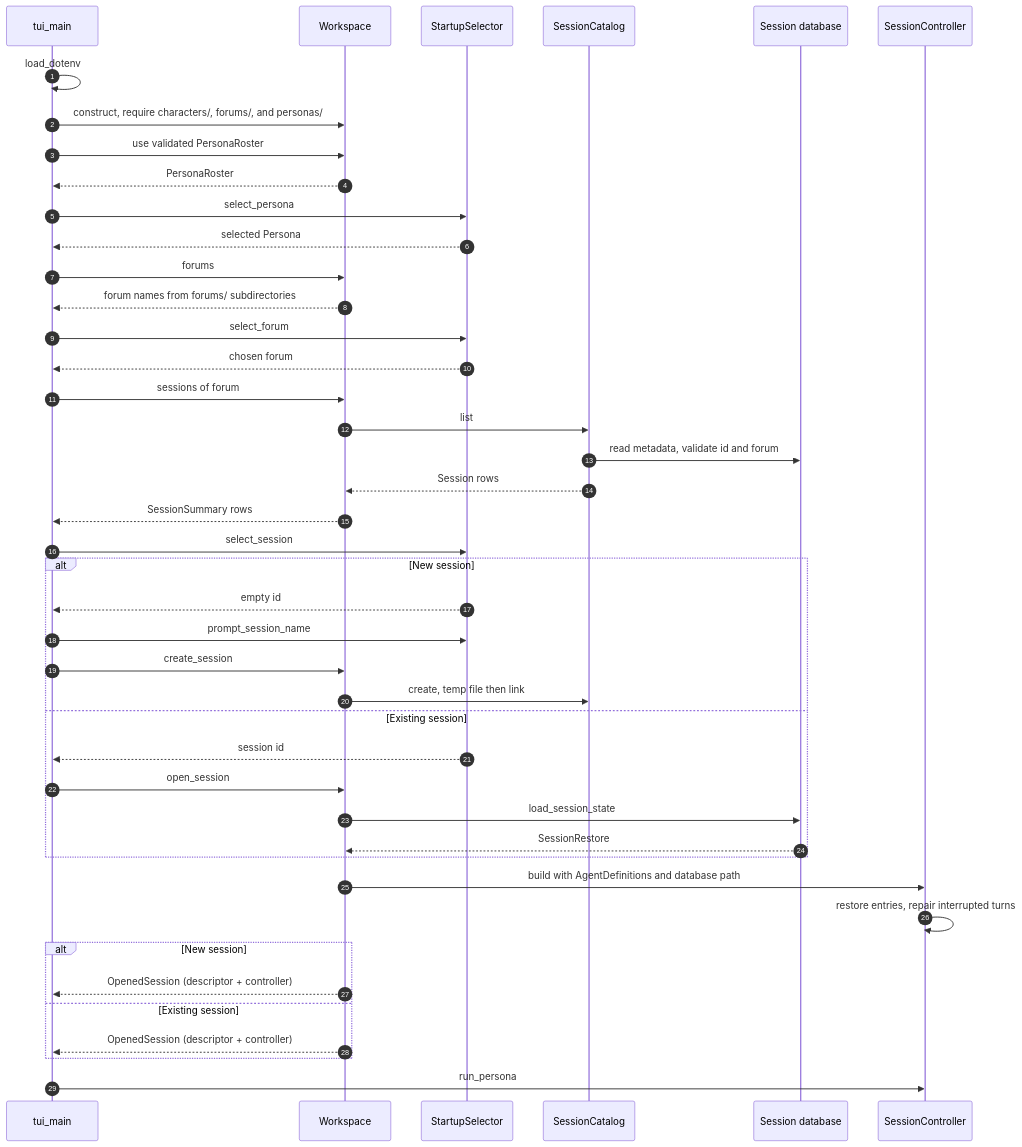
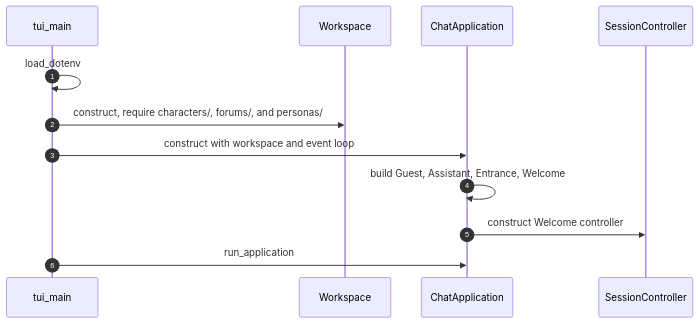
The second of 4 diagrams in src/README.md (michaelpopov/cha), drawn with Mermaid before and after one commit. The commit also changed other lines of this file and 13 other files, not shown here.

````diff
--- a/src/README.md
+++ b/src/README.md
@@ -195,46 +195,15 @@
 ```mermaid
 sequenceDiagram
     autonumber
     participant main as tui_main
     participant ws as Workspace
-    participant sel as StartupSelector
-    participant cat as SessionCatalog
-    participant db as Session database
+    participant app as ChatApplication
     participant controller as SessionController
 
     main->>main: load_dotenv
     main->>ws: construct, require characters/, forums/, and personas/
-    main->>ws: use validated PersonaRoster
-    ws-->>main: PersonaRoster
-    main->>sel: select_persona
-    sel-->>main: selected Persona
-    main->>ws: forums
-    ws-->>main: forum names from forums/ subdirectories
-    main->>sel: select_forum
-    sel-->>main: chosen forum
-    main->>ws: sessions of forum
-    ws->>cat: list
-    cat->>db: read metadata, validate id and forum
-    cat-->>ws: Session rows
-    ws-->>main: SessionSummary rows
-    main->>sel: select_session
-    alt New session
-        sel-->>main: empty id
-        main->>sel: prompt_session_name
-        main->>ws: create_session
-        ws->>cat: create, temp file then link
-    else Existing session
-        sel-->>main: session id
-        main->>ws: open_session
-        ws->>db: load_session_state
-        db-->>ws: SessionRestore
-    end
-    ws->>controller: build with AgentDefinitions and database path
-    controller->>controller: restore entries, repair interrupted turns
-    alt New session
-        ws-->>main: OpenedSession (descriptor + controller)
-    else Existing session
-        ws-->>main: OpenedSession (descriptor + controller)
-    end
-    main->>controller: run_persona
+    main->>app: construct with workspace and event loop
+    app->>app: build Guest, Assistant, Entrance, Welcome
+    app->>controller: construct Welcome controller
+    main->>app: run_application
 ```
````
